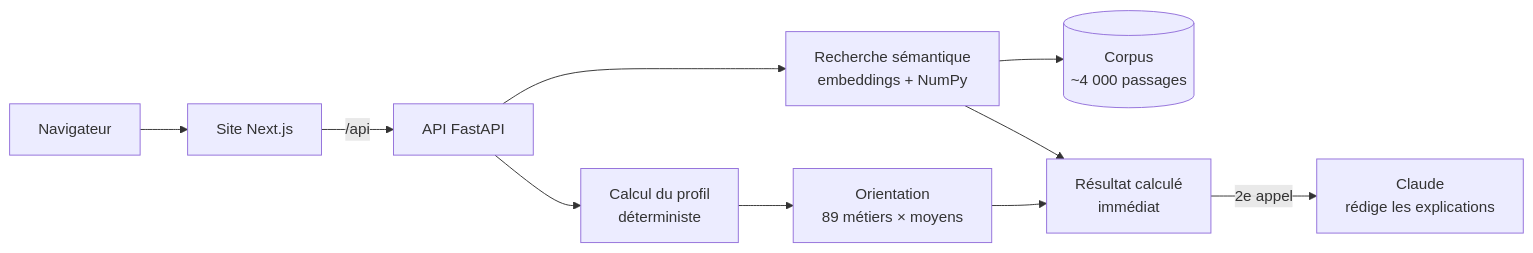
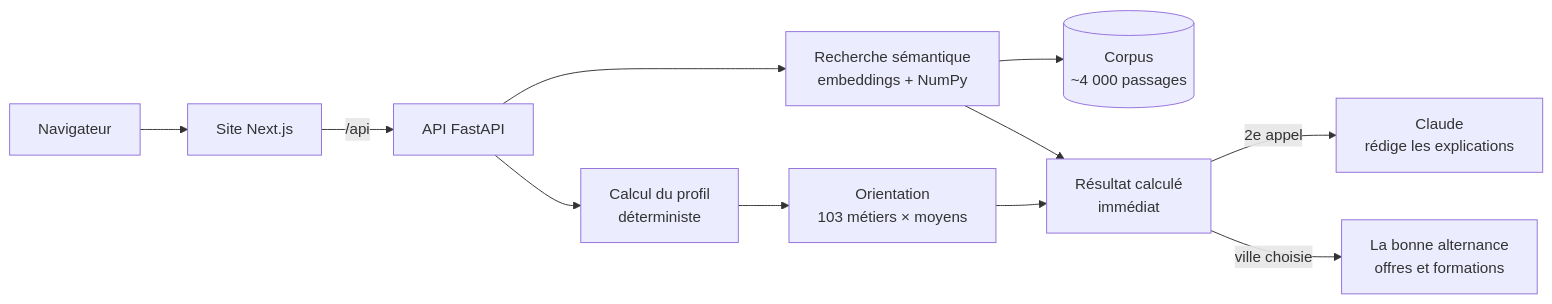
One commit to taounisami-netizen/philo-metier changed the diagram in README.md. Above: the diagram before and after it, drawn with Mermaid. The commit also changed other lines of this file and 5 other files, not shown here.

````diff
--- a/README.md
+++ b/README.md
@@ -26,12 +27,13 @@
 ```mermaid
 flowchart LR
     U[Navigateur] --> N[Site Next.js]
     N -->|/api| F[API FastAPI]
     F --> S[Calcul du profil<br/>déterministe]
-    S --> O[Orientation<br/>89 métiers × moyens]
+    S --> O[Orientation<br/>103 métiers × moyens]
     F --> R[Recherche sémantique<br/>embeddings + NumPy]
     R --> C[(Corpus<br/>~4 000 passages)]
     O --> X[Résultat calculé<br/>immédiat]
     R --> X
     X -->|2e appel| L[Claude<br/>rédige les explications]
+    X -->|ville choisie| A[La bonne alternance<br/>offres et formations]
 ```
````
